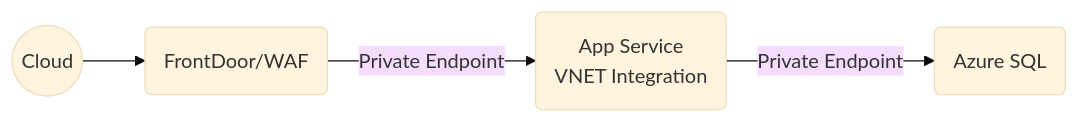
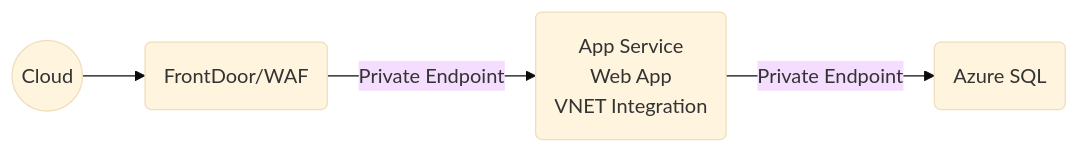
One commit to msalemor/app-services-networking changed the fifth of 6 diagrams in README.md. Above: the diagram before and after it, drawn with Mermaid (base theme). The commit also changed other lines of this file, not shown here.

````diff
--- a/README.md
+++ b/README.md
@@ -97,6 +97,6 @@
 ```mermaid
 graph LR;
     A((Cloud))-->B(FrontDoor/WAF);
-    B-- Private Endpoint -->C(App Service<br>VNET Integration);
+    B-- Private Endpoint -->C(App Service<br/>Web App<br/>VNET Integration);
     C-- Private Endpoint-->D(Azure SQL);   
 ```
````
